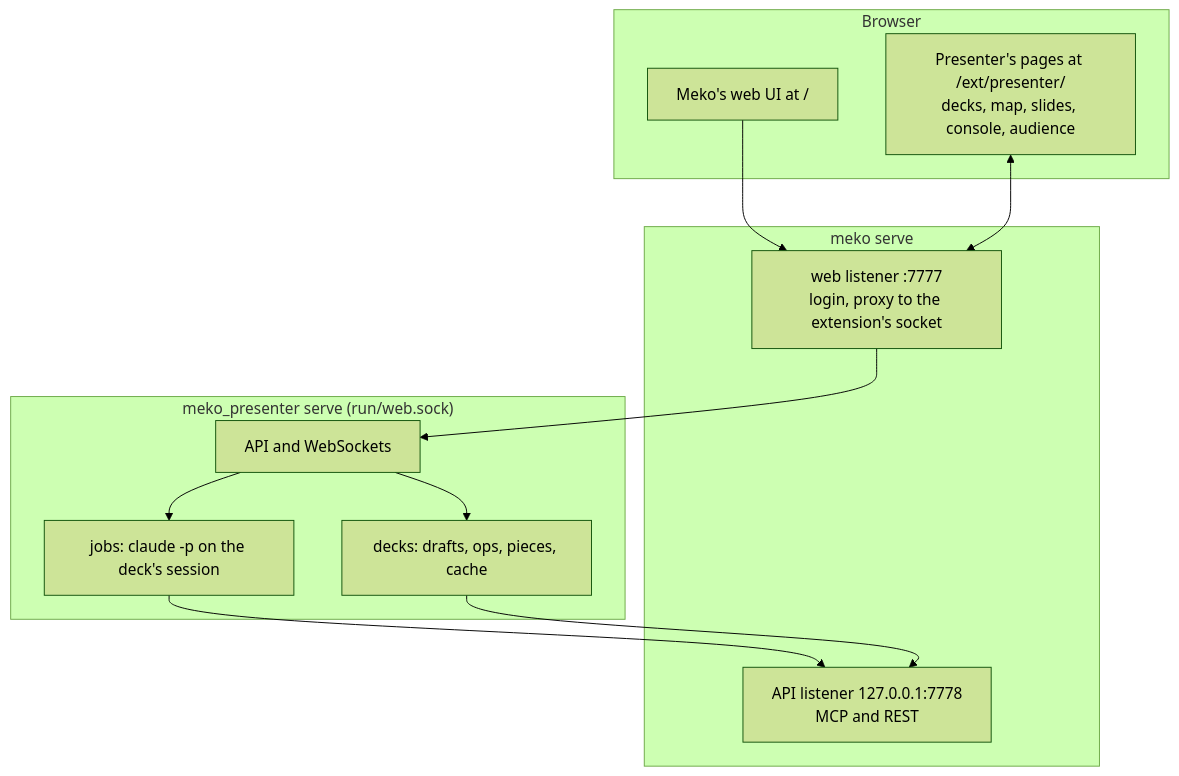
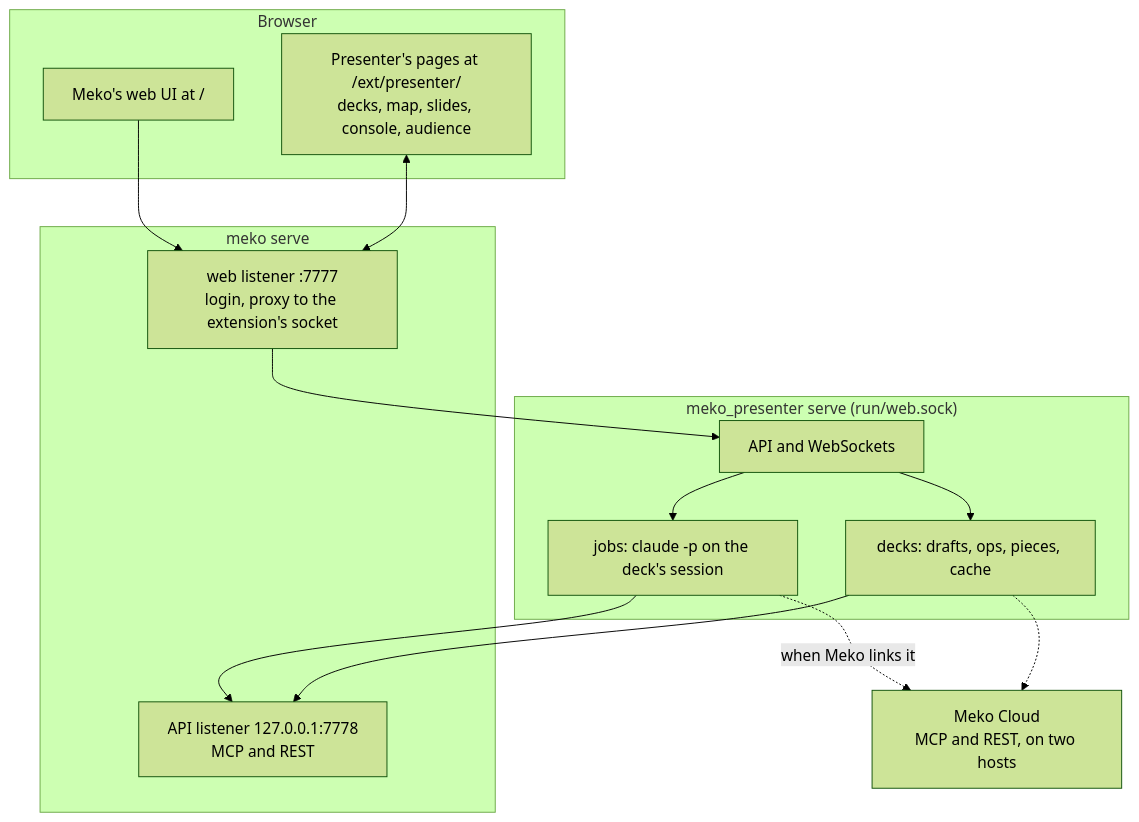
Before and after one commit to yugabyte/meko: the diagram in extensions/presenter/docs/design.md, drawn with Mermaid (forest theme). The commit also changed other lines of this file and 16 other files, not shown here.

First line of the commit message:
feat(presenter): save decks in Meko Cloud when Meko links it

````diff
--- a/extensions/presenter/docs/design.md
+++ b/extensions/presenter/docs/design.md
@@ -8,23 +8,25 @@
 ```mermaid
 flowchart TB
   subgraph Browser
     MUI["Meko's web UI at /"]
     PG["Presenter's pages at /ext/presenter/\ndecks, map, slides, console, audience"]
   end
   subgraph Meko["meko serve"]
     WL["web listener :7777\nlogin, proxy to the extension's socket"]
     AL["API listener 127.0.0.1:7778\nMCP and REST"]
   end
   subgraph P["meko_presenter serve (run/web.sock)"]
     API["API and WebSockets"]
     J["jobs: claude -p on the deck's session"]
     D["decks: drafts, ops, pieces, cache"]
   end
   MUI --> WL
   PG <--> WL
   WL --> API
   API --> J
   API --> D
   J --> AL
   D --> AL
+  J -.->|"when Meko links it"| MC["Meko Cloud\nMCP and REST, on two hosts"]
+  D -.-> MC
 ```
````
